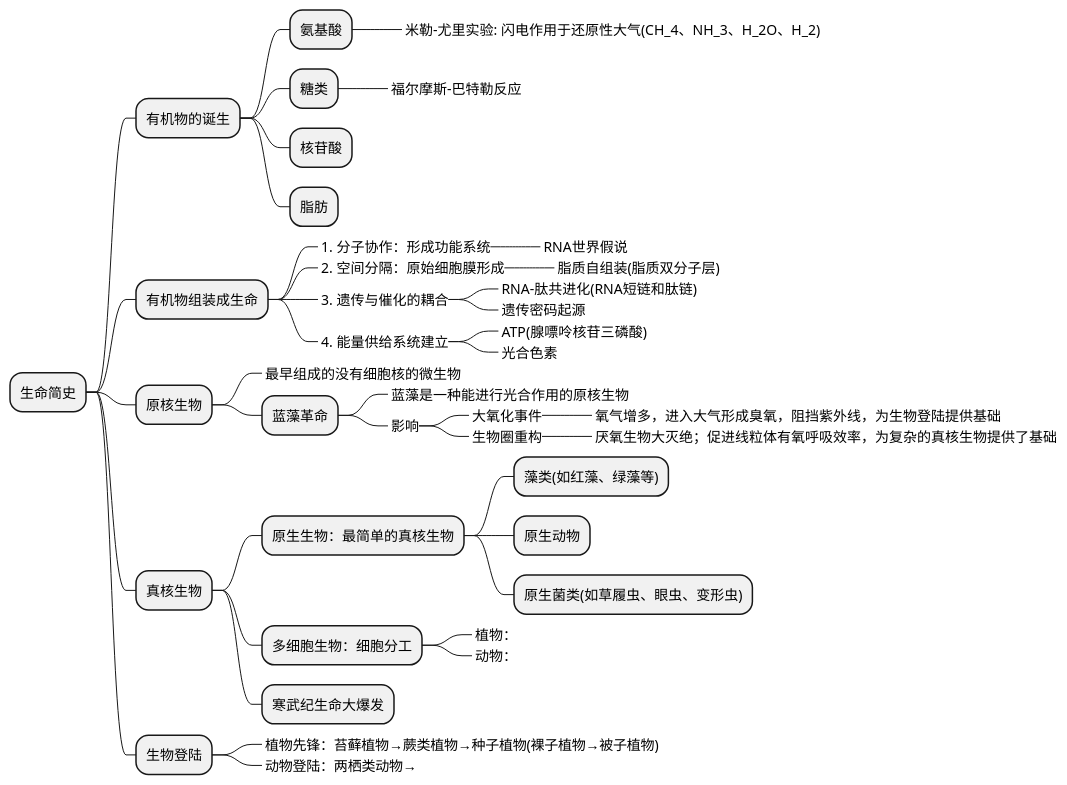
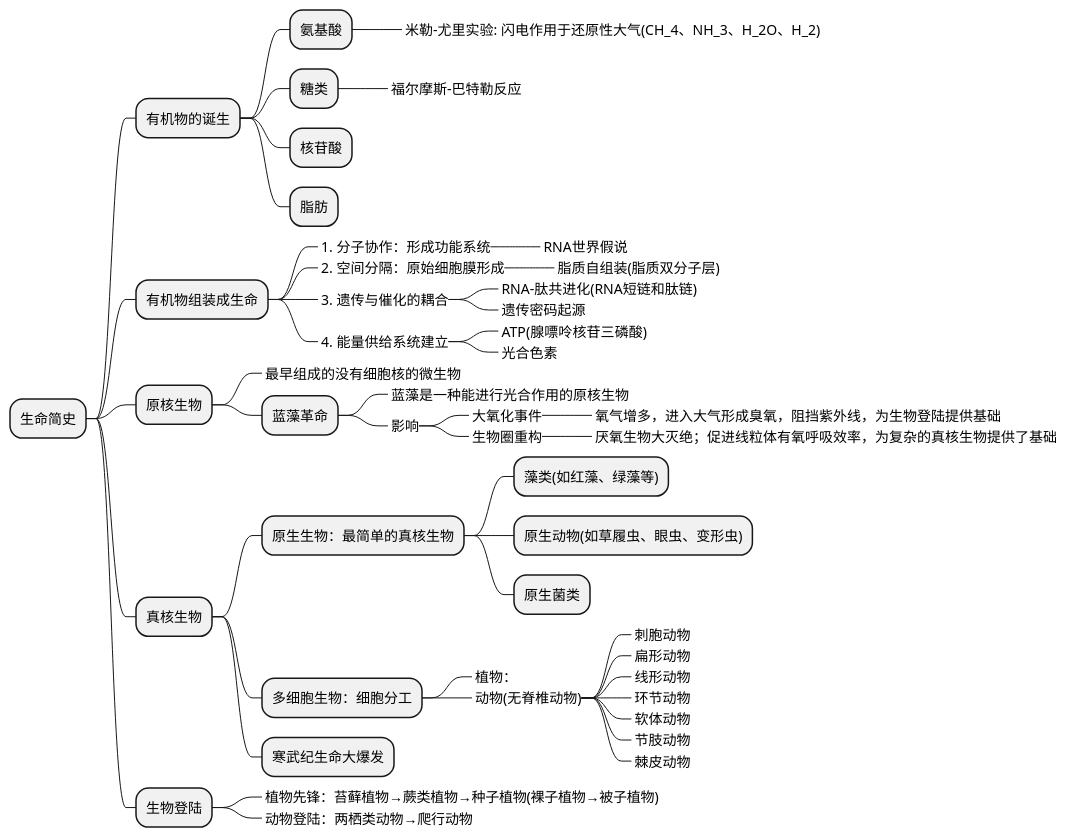
One commit to holmofy/blog.hufeifei.cn changed the diagram in source/_posts/history/life-history.md. Above: the diagram before and after it, drawn with PlantUML.

````diff
--- a/source/_posts/history/life-history.md
+++ b/source/_posts/history/life-history.md
@@ -15,44 +15,51 @@
 ```plantuml
 @startmindmap
 + 生命简史
 ++ 有机物的诞生
 +++ 氨基酸
 ++++_ 米勒-尤里实验: 闪电作用于还原性大气(CH_4、NH_3、H_2O、H_2)
 +++ 糖类
 ++++_ 福尔摩斯-巴特勒反应
 +++ 核苷酸
 +++ 脂肪
 ++ 有机物组装成生命
 +++_ 1. 分子协作：形成功能系统
 ++++_ RNA世界假说
 +++_ 2. 空间分隔：原始细胞膜形成
 ++++_ 脂质自组装(脂质双分子层)
 +++_ 3. 遗传与催化的耦合
 ++++_ RNA-肽共进化(RNA短链和肽链)
 ++++_ 遗传密码起源
 +++_ 4. 能量供给系统建立
 ++++_ ATP(腺嘌呤核苷三磷酸)
 ++++_ 光合色素
 ++ 原核生物
 +++_ 最早组成的没有细胞核的微生物
 +++ 蓝藻革命
 ++++_ 蓝藻是一种能进行光合作用的原核生物
 ++++_ 影响
 +++++_ 大氧化事件
 ++++++_ 氧气增多，进入大气形成臭氧，阻挡紫外线，为生物登陆提供基础
 +++++_ 生物圈重构
 ++++++_ 厌氧生物大灭绝；促进线粒体有氧呼吸效率，为复杂的真核生物提供了基础
 ++ 真核生物
 +++ 原生生物：最简单的真核生物
 ++++ 藻类(如红藻、绿藻等)
-++++ 原生动物
-++++ 原生菌类(如草履虫、眼虫、变形虫)
+++++ 原生动物(如草履虫、眼虫、变形虫)
+++++ 原生菌类
 +++ 多细胞生物：细胞分工
 ++++_ 植物：
-++++_ 动物：
+++++_ 动物(无脊椎动物)
++++++_ 刺胞动物
++++++_ 扁形动物
++++++_ 线形动物
++++++_ 环节动物
++++++_ 软体动物
++++++_ 节肢动物
++++++_ 棘皮动物
 +++ 寒武纪生命大爆发
 ++ 生物登陆
 +++_ 植物先锋：苔藓植物→蕨类植物→种子植物(裸子植物→被子植物)
-+++_ 动物登陆：两栖类动物→
++++_ 动物登陆：两栖类动物→爬行动物
 @endmindmap
 ```
````
